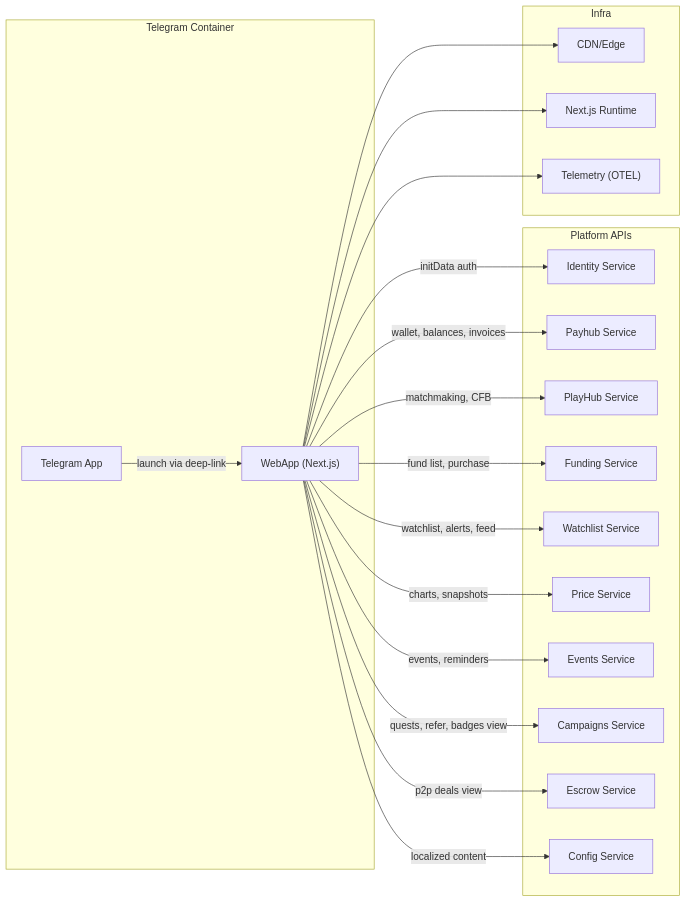
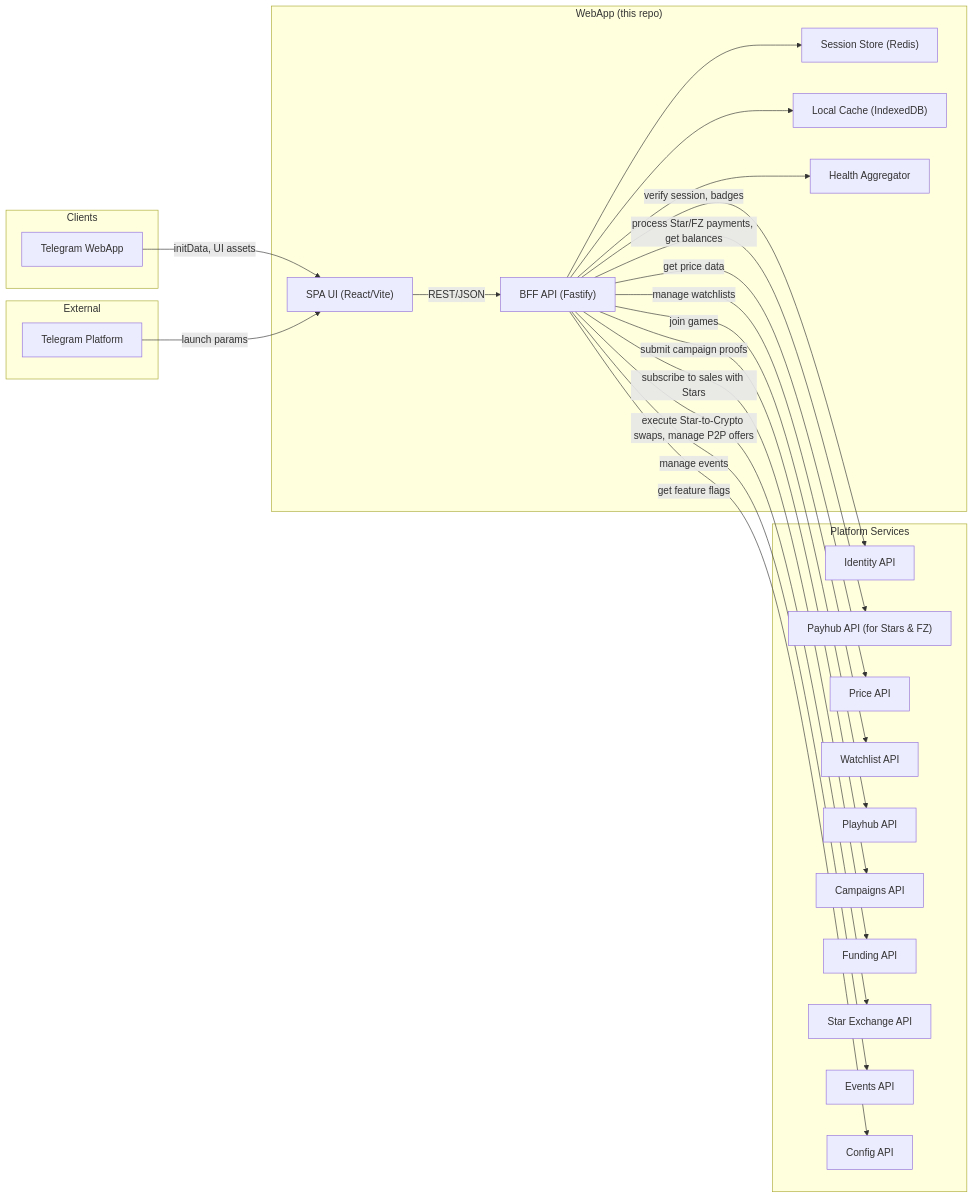
Before and after one commit to fuzeac/fuze-telegram-mini-app: the first of 4 diagrams in miniapp-webapp.md, drawn with Mermaid. The commit also changed other lines of this file, not shown here.

````diff
--- a/miniapp-webapp.md
+++ b/miniapp-webapp.md
@@ -11,42 +9,52 @@
 ```mermaid
 flowchart LR
-  subgraph "Telegram Container"
-    TG["Telegram App"]
-    WUI["WebApp (Next.js)"]
+  subgraph "Clients"
+    TG["Telegram WebApp"]
   end
 
-  subgraph "Platform APIs"
-    IDN["Identity Service"]
-    PAY["Payhub Service"]
-    PH["PlayHub Service"]
-    FUN["Funding Service"]
-    WAT["Watchlist Service"]
-    PRC["Price Service"]
-    EVT["Events Service"]
-    CMP["Campaigns Service"]
-    ESC["Escrow Service"]
-    CFG["Config Service"]
+  subgraph "WebApp (this repo)"
+    UI["SPA UI (React/Vite)"]
+    BFF["BFF API (Fastify)"]
+    SESS["Session Store (Redis)"]
+    LC["Local Cache (IndexedDB)"]
+    HealthAggregator["Health Aggregator"]
   end
 
-  subgraph "Infra"
-    CDN["CDN/Edge"]
-    SSR["Next.js Runtime"]
-    ANALYTICS["Telemetry (OTEL)"]
+  subgraph "Platform Services"
+    IDN["Identity API"]
+    PAY["Payhub API (for Stars & FZ)"]
+    PRC["Price API"]
+    WAT["Watchlist API"]
+    PH["Playhub API"]
+    CMP["Campaigns API"]
+    FND["Funding API"]
+    SEX["Star Exchange API"]
+    EVT["Events API"]
+    CFG["Config API"]
   end
 
-  TG -->|launch via deep-link| WUI
-  WUI -->|initData auth| IDN
-  WUI -->|localized content| CFG
-  WUI -->|wallet, balances, invoices| PAY
-  WUI -->|matchmaking, CFB| PH
-  WUI -->|fund list, purchase| FUN
-  WUI -->|watchlist, alerts, feed| WAT
-  WUI -->|charts, snapshots| PRC
-  WUI -->|events, reminders| EVT
-  WUI -->|quests, refer, badges view| CMP
-  WUI -->|p2p deals view| ESC
+  subgraph "External"
+    TGPLAT["Telegram Platform"]
+  end
 
-  WUI --> CDN
-  WUI --> SSR
-  WUI --> ANALYTICS
+  TG -->|"initData, UI assets"| UI
+  UI -->|"REST/JSON"| BFF
+  
+  BFF -->|"verify session, badges"| IDN
+  BFF -->|"process Star/FZ payments, get balances"| PAY
+  BFF -->|"get price data"| PRC
+  BFF -->|"manage watchlists"| WAT
+  BFF -->|"join games"| PH
+  BFF -->|"submit campaign proofs"| CMP
+  BFF -->|"manage events"| EVT
+  BFF -->|"get feature flags"| CFG
+  
+  %% Updated Service Interactions
+  BFF -->|"subscribe to sales with Stars"| FND
+  BFF -->|"execute Star-to-Crypto swaps, manage P2P offers"| SEX
+
+  BFF --> SESS
+  BFF --> LC
+  BFF --> HealthAggregator
+  TGPLAT -->|"launch params"| UI
 ```
````
